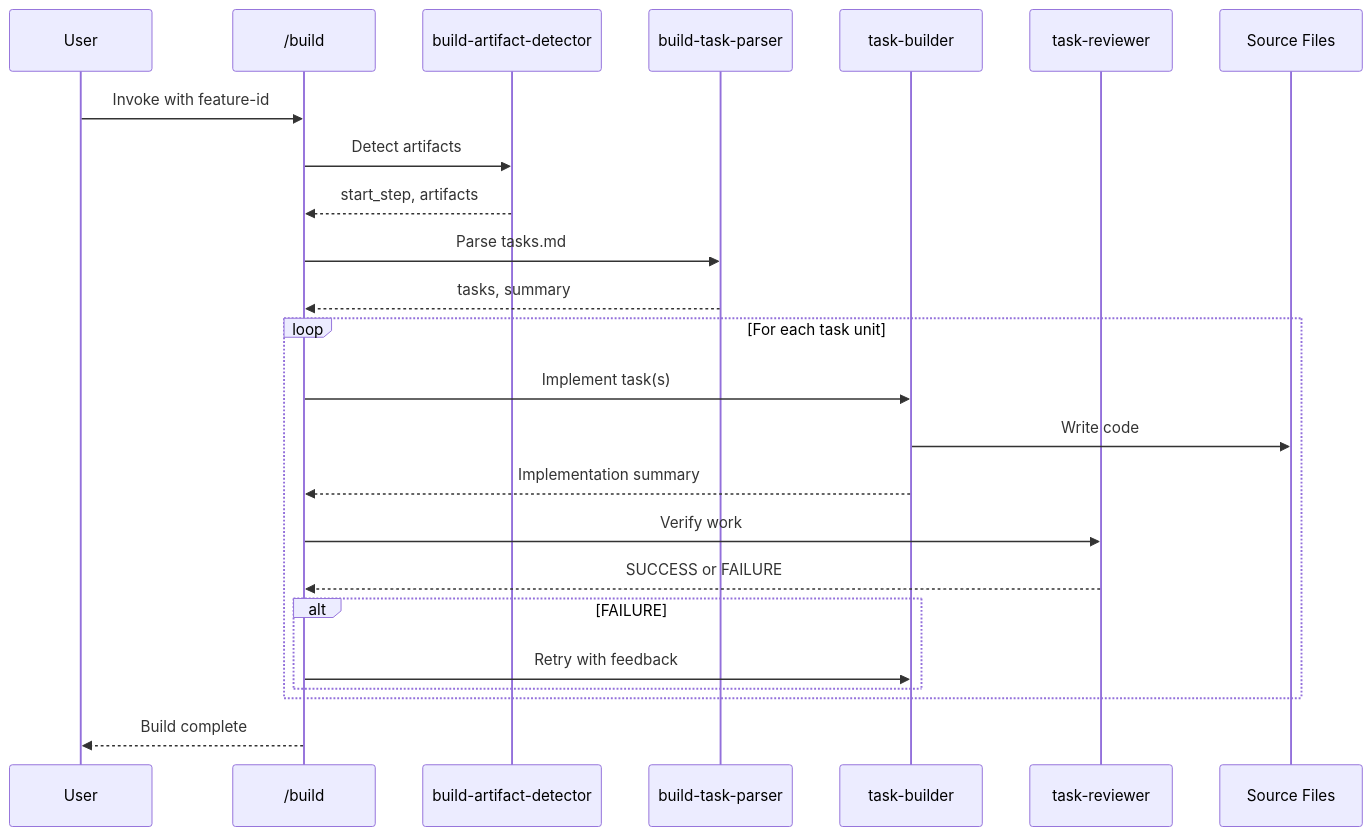
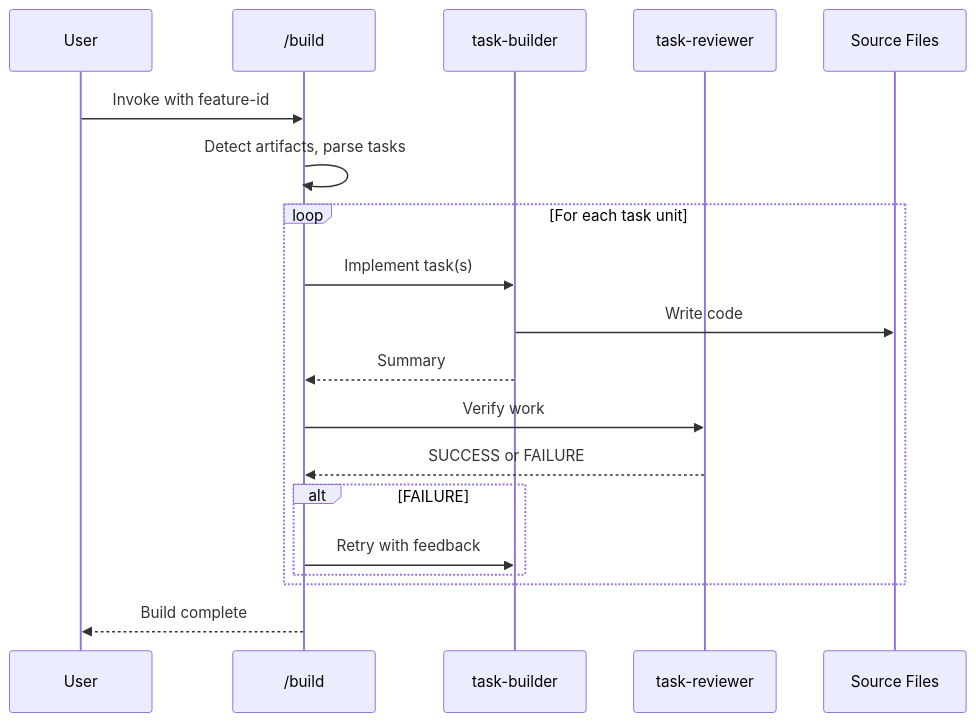
Before and after one commit to rp1-run/rp1: the third of 4 diagrams in .rp1/context/architecture.md, drawn with Mermaid. The commit also changed other lines of this file and 5 other files, not shown here.

````diff
--- a/.rp1/context/architecture.md
+++ b/.rp1/context/architecture.md
@@ -175,27 +171,22 @@
 ```mermaid
 sequenceDiagram
     participant User
     participant Build as /build
-    participant ArtDet as build-artifact-detector
-    participant Parser as build-task-parser
     participant Builder as task-builder
     participant Reviewer as task-reviewer
     participant Files as Source Files
 
     User->>Build: Invoke with feature-id
-    Build->>ArtDet: Detect artifacts
-    ArtDet-->>Build: start_step, artifacts
-    Build->>Parser: Parse tasks.md
-    Parser-->>Build: tasks, summary
+    Build->>Build: Detect artifacts, parse tasks
     loop For each task unit
         Build->>Builder: Implement task(s)
         Builder->>Files: Write code
-        Builder-->>Build: Implementation summary
+        Builder-->>Build: Summary
         Build->>Reviewer: Verify work
         Reviewer-->>Build: SUCCESS or FAILURE
         alt FAILURE
             Build->>Builder: Retry with feedback
         end
     end
     Build-->>User: Build complete
 ```
````
